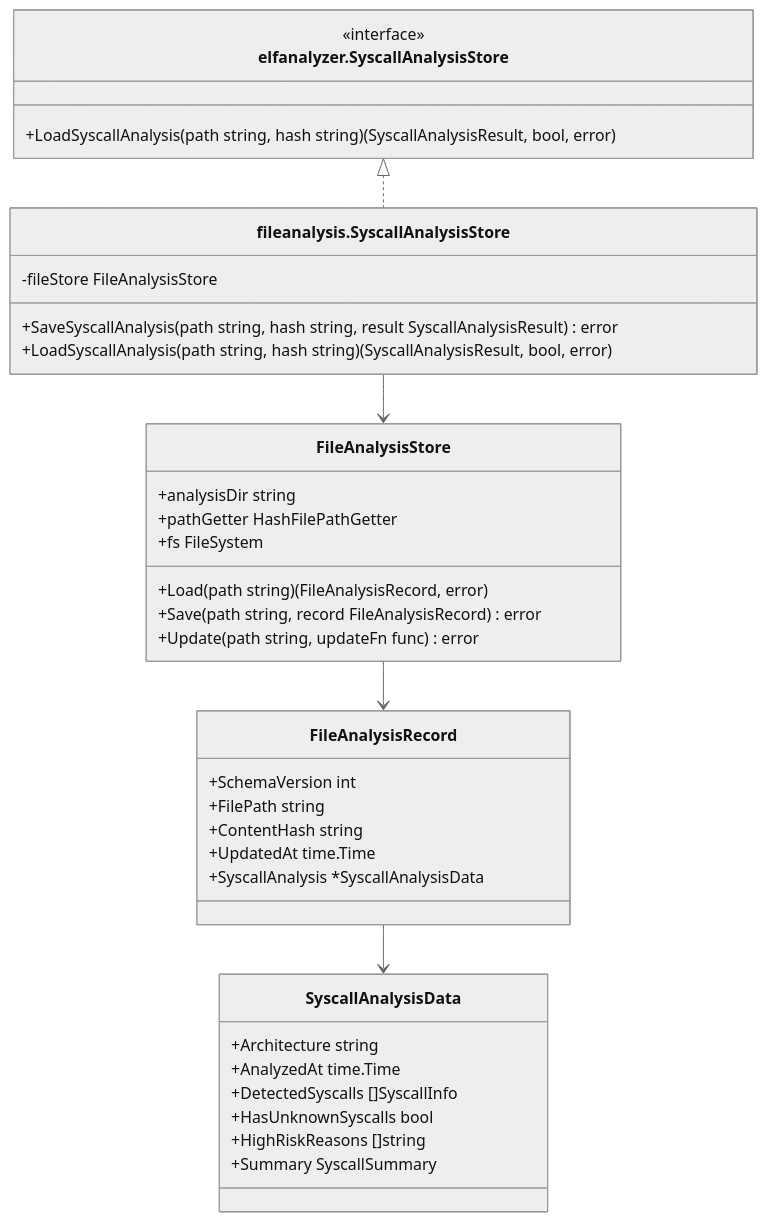
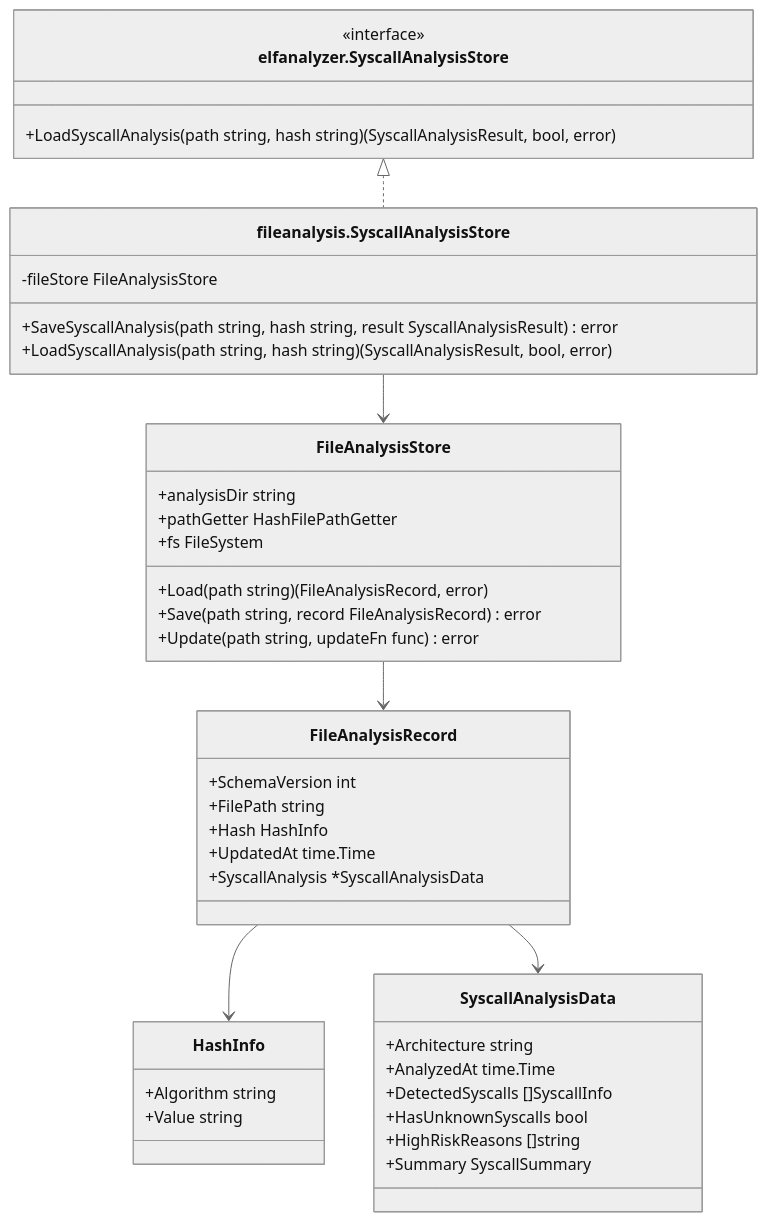
One commit to isseis/go-safe-cmd-runner changed diagram 11 of 18 in docs/tasks/0070_elf_syscall_analysis/02_architecture.md. Above: the diagram before and after it, drawn with Mermaid (neutral theme). The commit also changed other lines of this file and 1 other file, not shown here.

First line of the commit message:
docs(elf-syscall): align hash format with filevalidator.HashInfo

````diff
--- a/docs/tasks/0070_elf_syscall_analysis/02_architecture.md
+++ b/docs/tasks/0070_elf_syscall_analysis/02_architecture.md
@@ -388,44 +388,50 @@
 ```mermaid
 classDiagram
     class elfanalyzer.SyscallAnalysisStore {
         <<interface>>
         +LoadSyscallAnalysis(path string, hash string) (SyscallAnalysisResult, bool, error)
     }
 
     class fileanalysis.SyscallAnalysisStore {
         -fileStore FileAnalysisStore
         +SaveSyscallAnalysis(path string, hash string, result SyscallAnalysisResult) error
         +LoadSyscallAnalysis(path string, hash string) (SyscallAnalysisResult, bool, error)
     }
 
     class FileAnalysisStore {
         +analysisDir string
         +pathGetter HashFilePathGetter
         +fs FileSystem
         +Load(path string) (FileAnalysisRecord, error)
         +Save(path string, record FileAnalysisRecord) error
         +Update(path string, updateFn func) error
     }
 
     class FileAnalysisRecord {
         +SchemaVersion int
         +FilePath string
-        +ContentHash string
+        +Hash HashInfo
         +UpdatedAt time.Time
         +SyscallAnalysis *SyscallAnalysisData
+    }
+
+    class HashInfo {
+        +Algorithm string
+        +Value string
     }
 
     class SyscallAnalysisData {
         +Architecture string
         +AnalyzedAt time.Time
         +DetectedSyscalls []SyscallInfo
         +HasUnknownSyscalls bool
         +HighRiskReasons []string
         +Summary SyscallSummary
     }
 
     elfanalyzer.SyscallAnalysisStore <|.. fileanalysis.SyscallAnalysisStore
     fileanalysis.SyscallAnalysisStore --> FileAnalysisStore
     FileAnalysisStore --> FileAnalysisRecord
+    FileAnalysisRecord --> HashInfo
     FileAnalysisRecord --> SyscallAnalysisData
 ```
````
